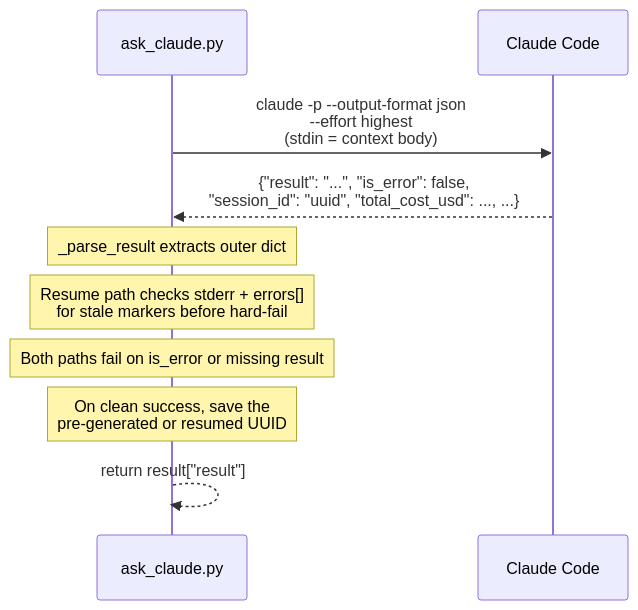
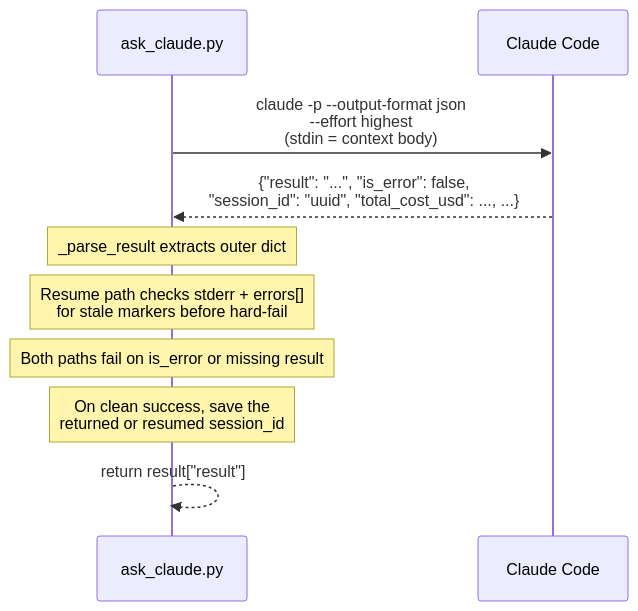
The second of 2 diagrams in DESIGN.md (ehzawad/claude-opinion), drawn with Mermaid before and after one commit. The commit also changed other lines of this file and 3 other files, not shown here.

````diff
--- a/DESIGN.md
+++ b/DESIGN.md
@@ -38,13 +38,13 @@
 ```mermaid
 sequenceDiagram
     participant S as ask_claude.py
     participant X as Claude Code
 
     S->>X: claude -p --output-format json<br/>--effort highest<br/>(stdin = context body)
     X-->>S: {"result": "...", "is_error": false,<br/>"session_id": "uuid", "total_cost_usd": ..., ...}
     Note over S: _parse_result extracts outer dict
     Note over S: Resume path checks stderr + errors[]<br/>for stale markers before hard-fail
     Note over S: Both paths fail on is_error or missing result
-    Note over S: On clean success, save the<br/>pre-generated or resumed UUID
+    Note over S: On clean success, save the<br/>returned or resumed session_id
     S-->>S: return result["result"]
 ```
````
